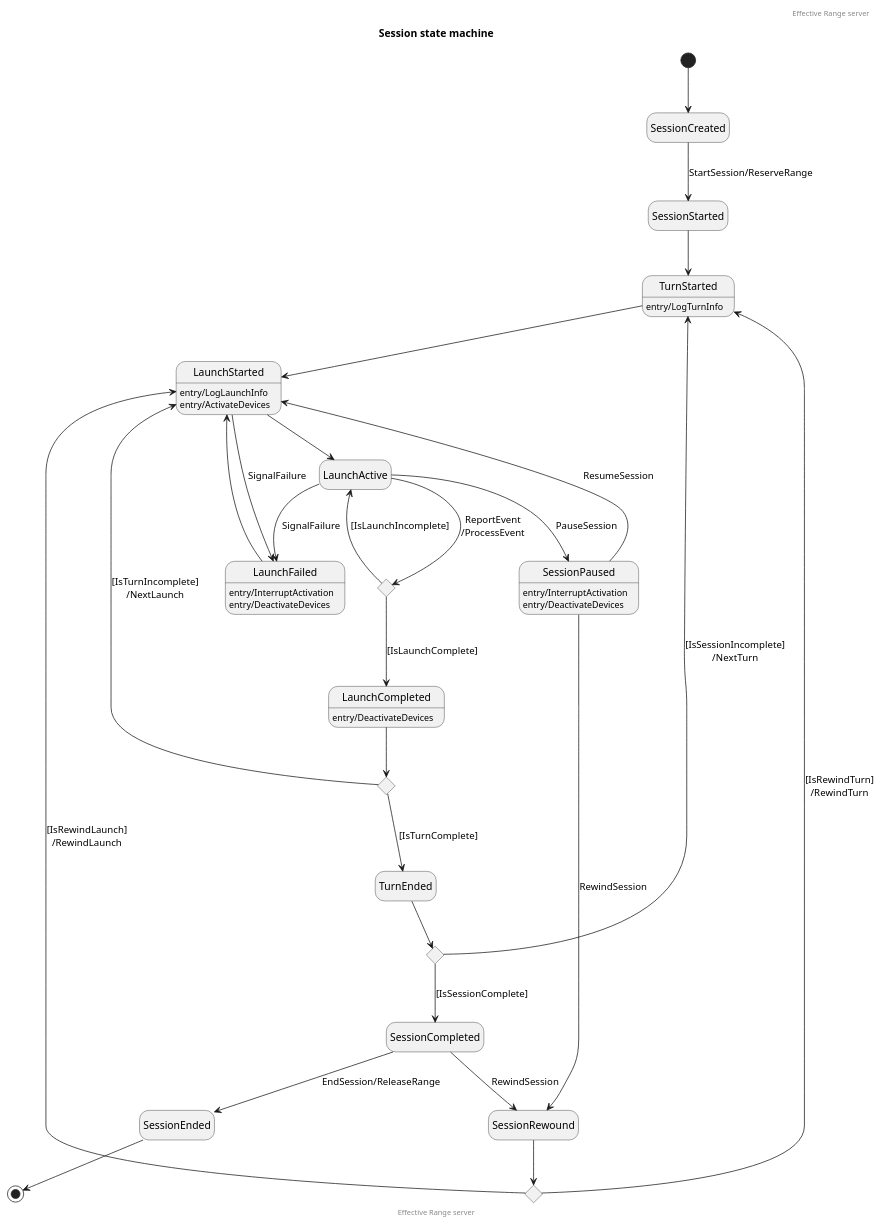
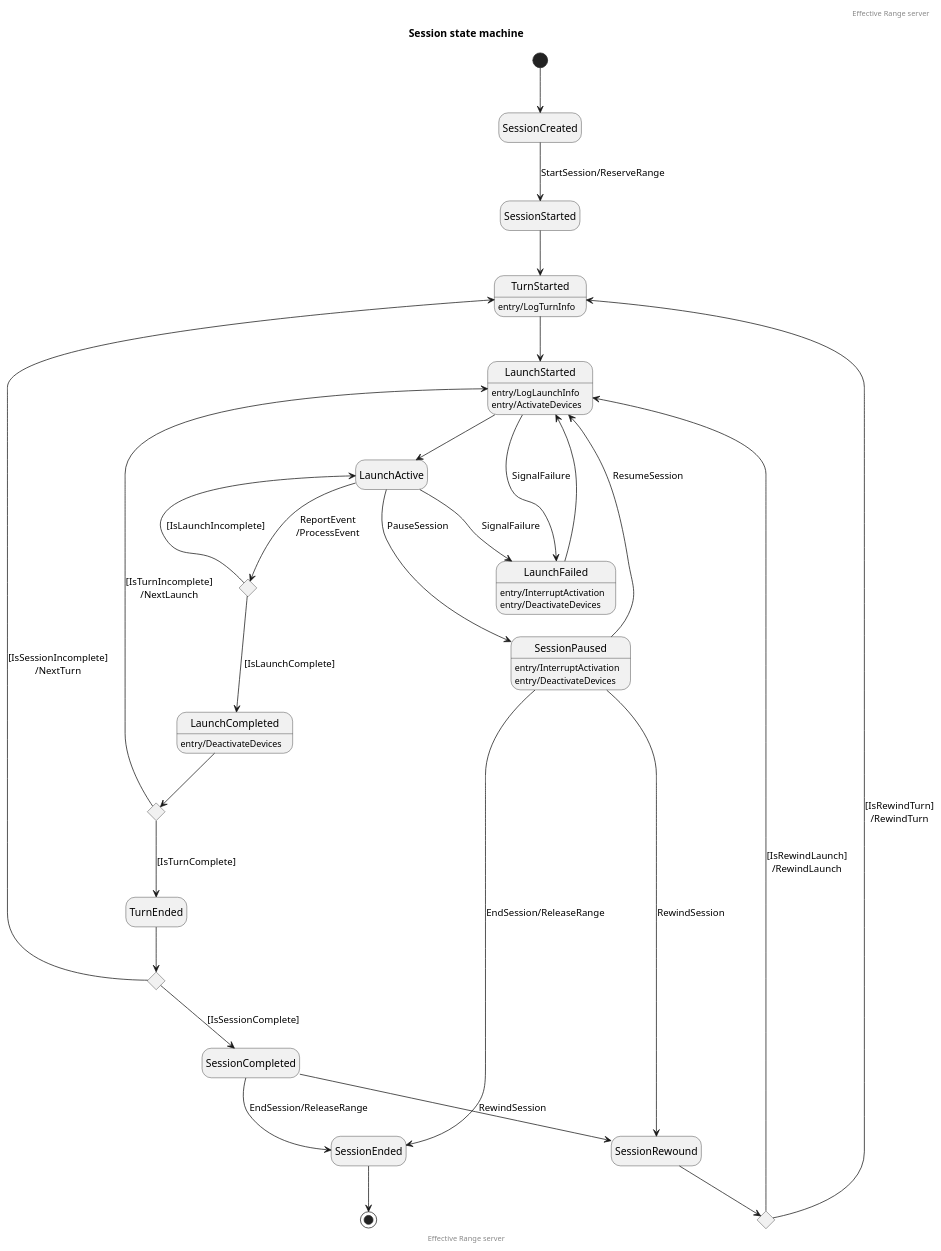
The diagram in state/server-session.puml (EffectiveRange/effective-range-api), drawn with PlantUML before and after one commit. The commit also changed 1 other file, not shown here.

Commit message:
Add on-demand device discovery to openapi, update server session diagram (#26)

```diff
--- a/state/server-session.puml
+++ b/state/server-session.puml
@@ -1,63 +1,64 @@
 @startuml
 hide empty description
 
 header Effective Range server
 title Session state machine
 
 [*] --> SessionCreated
 SessionCreated --> SessionStarted : StartSession/ReserveRange
 SessionStarted --> TurnStarted
 TurnStarted : entry/LogTurnInfo
 TurnStarted --> LaunchStarted
 
 LaunchStarted : entry/LogLaunchInfo
 LaunchStarted : entry/ActivateDevices
 LaunchStarted --> LaunchActive
 
 state LaunchActiveChoice <<choice>>
 
 ' Successful launch
 LaunchActive --> LaunchActiveChoice : ReportEvent\n/ProcessEvent
 LaunchActiveChoice --> LaunchActive : [IsLaunchIncomplete]
 LaunchActiveChoice --> LaunchCompleted : [IsLaunchComplete]
 LaunchCompleted : entry/DeactivateDevices
 
 state LaunchCompleteChoice <<choice>>
 
 LaunchCompleted --> LaunchCompleteChoice
 LaunchCompleteChoice --> LaunchStarted : [IsTurnIncomplete]\n/NextLaunch
 LaunchCompleteChoice --> TurnEnded : [IsTurnComplete]
 
 ' Failed launch
 LaunchStarted --> LaunchFailed : SignalFailure
 LaunchActive --> LaunchFailed : SignalFailure
 LaunchFailed : entry/InterruptActivation
 LaunchFailed : entry/DeactivateDevices
 LaunchFailed --> LaunchStarted
 
 ' Paused session
 LaunchActive --> SessionPaused : PauseSession
 SessionPaused : entry/InterruptActivation
 SessionPaused : entry/DeactivateDevices
 SessionPaused --> LaunchStarted : ResumeSession
+SessionPaused --> SessionEnded : EndSession/ReleaseRange
 
 ' Rewound session
 state SessionRewoundChoice <<choice>>
 
 SessionPaused --> SessionRewound : RewindSession
 SessionRewound --> SessionRewoundChoice
 SessionRewoundChoice --> LaunchStarted : [IsRewindLaunch]\n/RewindLaunch
 SessionRewoundChoice --> TurnStarted : [IsRewindTurn]\n/RewindTurn
 
 state TurnEndedChoice <<choice>>
 
 TurnEnded --> TurnEndedChoice
 TurnEndedChoice --> TurnStarted : [IsSessionIncomplete]\n/NextTurn
 TurnEndedChoice --> SessionCompleted : [IsSessionComplete]
 SessionCompleted --> SessionRewound : RewindSession
 SessionCompleted --> SessionEnded : EndSession/ReleaseRange
 SessionEnded --> [*]
 
 footer Effective Range server
 
 @enduml
```
